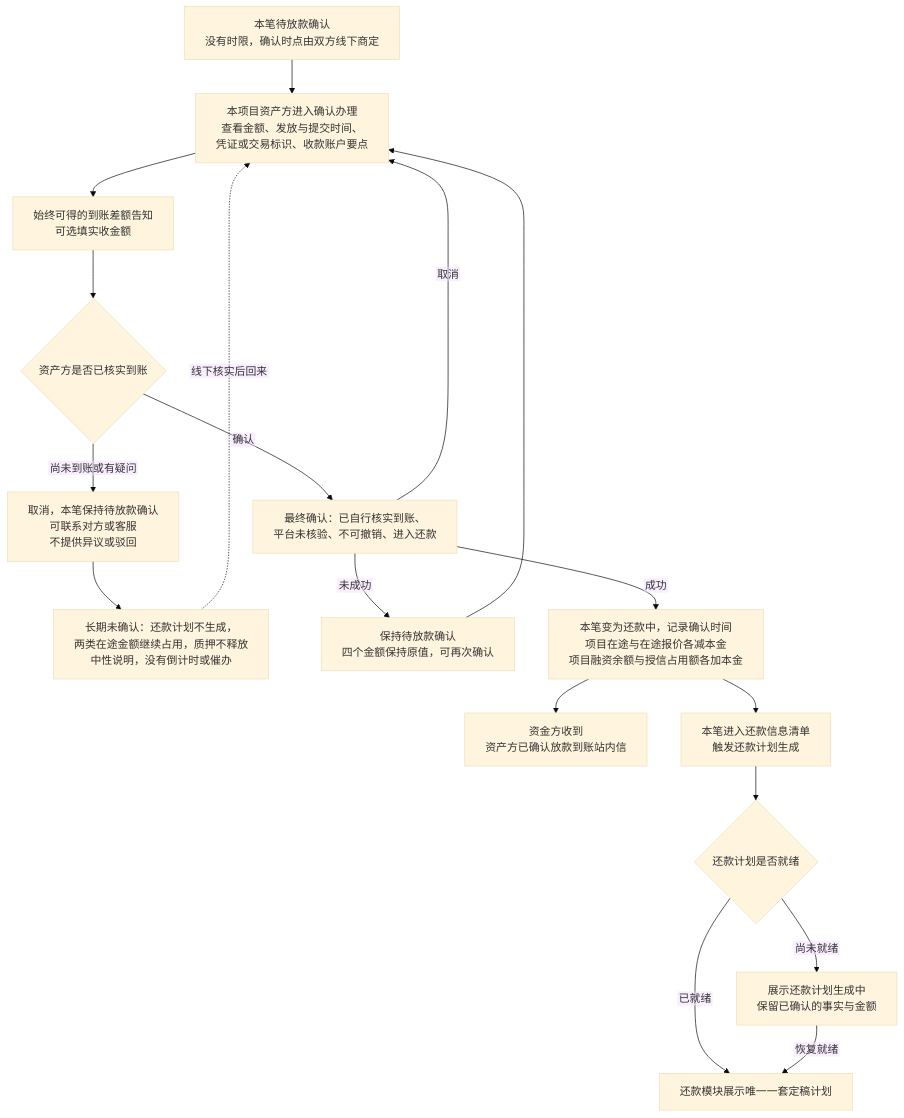
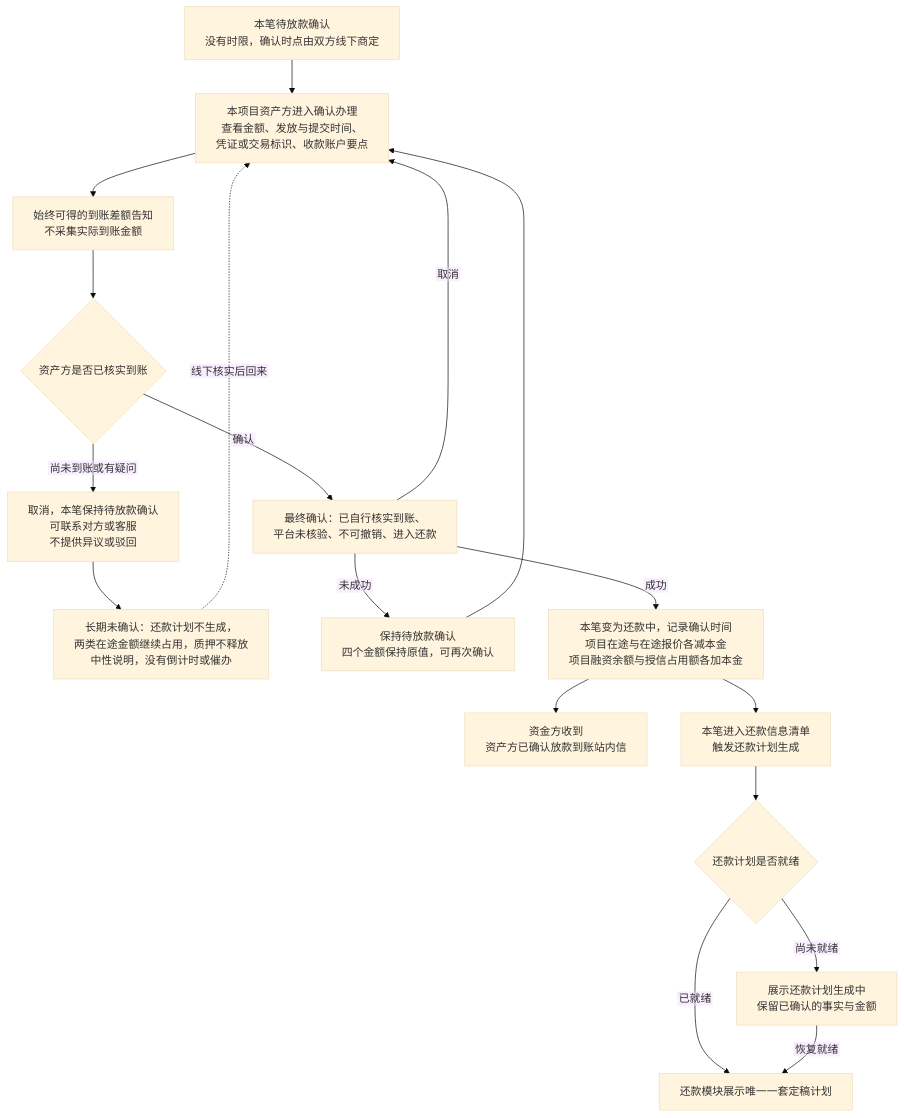
Before and after one commit to wxblockchain/Chain-Financing: the third of 4 diagrams in lending-platform/PRD/面客端/07-借贷广场-放款与放款确认/02-放款与放款确认-流程图与状态机.md, drawn with Mermaid (base theme). The commit also changed other lines of this file and 5 other files, not shown here.

````diff
--- a/lending-platform/PRD/面客端/07-借贷广场-放款与放款确认/02-放款与放款确认-流程图与状态机.md
+++ b/lending-platform/PRD/面客端/07-借贷广场-放款与放款确认/02-放款与放款确认-流程图与状态机.md
@@ -73,21 +73,21 @@
 ```mermaid
 %%{init: {"flowchart": {"htmlLabels": false, "wrappingWidth": 400}}}%%
 flowchart TD
   A["本笔待放款确认<br/>没有时限，确认时点由双方线下商定"] --> B["本项目资产方进入确认办理<br/>查看金额、发放与提交时间、<br/>凭证或交易标识、收款账户要点"]
-  B --> C["始终可得的到账差额告知<br/>可选填实收金额"]
+  B --> C["始终可得的到账差额告知<br/>不采集实际到账金额"]
   C --> D{"资产方是否已核实到账"}
   D -->|"尚未到账或有疑问"| E["取消，本笔保持待放款确认<br/>可联系对方或客服<br/>不提供异议或驳回"]
   E --> F["长期未确认：还款计划不生成，<br/>两类在途金额继续占用，质押不释放<br/>中性说明，没有倒计时或催办"]
   F -.->|"线下核实后回来"| B
   D -->|"确认"| G["最终确认：已自行核实到账、<br/>平台未核验、不可撤销、进入还款"]
   G -->|"取消"| B
   G -->|"未成功"| H["保持待放款确认<br/>四个金额保持原值，可再次确认"]
   H --> B
   G -->|"成功"| I["本笔变为还款中，记录确认时间<br/>项目在途与在途报价各减本金<br/>项目融资余额与授信占用额各加本金"]
   I --> J["资金方收到<br/>资产方已确认放款到账站内信"]
   I --> K["本笔进入还款信息清单<br/>触发还款计划生成"]
   K --> L{"还款计划是否就绪"}
   L -->|"已就绪"| M["还款模块展示唯一一套定稿计划"]
   L -->|"尚未就绪"| N["展示还款计划生成中<br/>保留已确认的事实与金额"]
   N -->|"恢复就绪"| M
 ```
````
